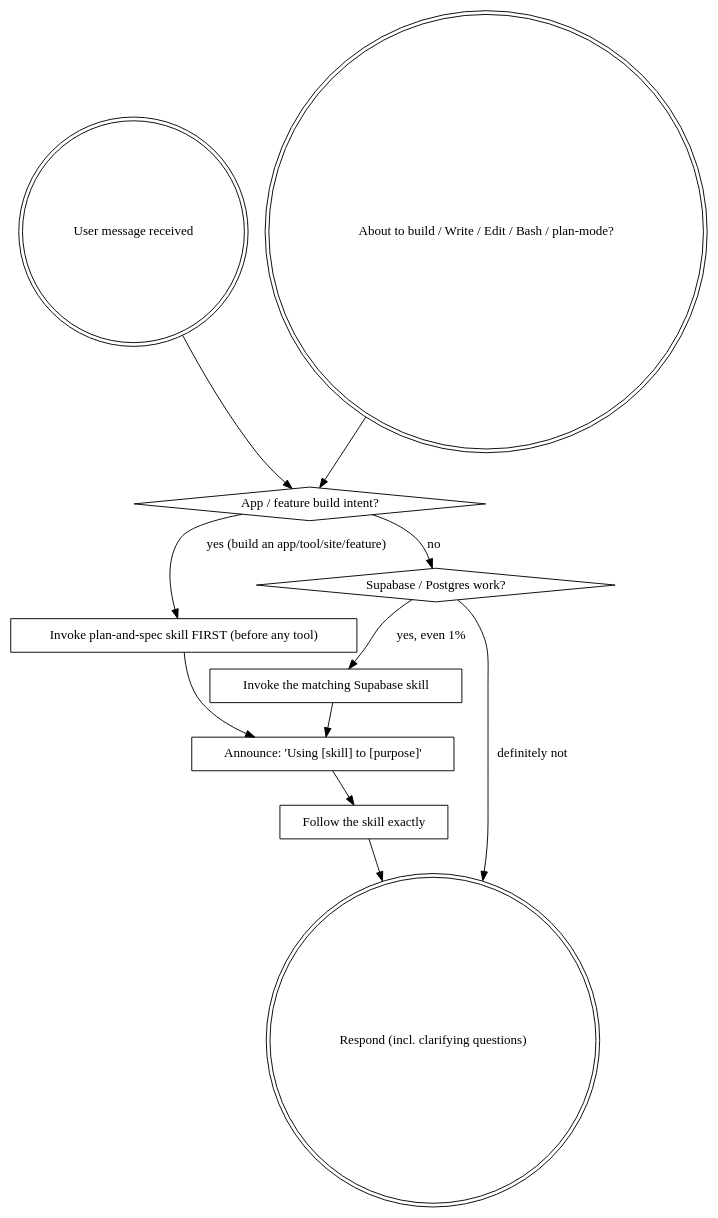
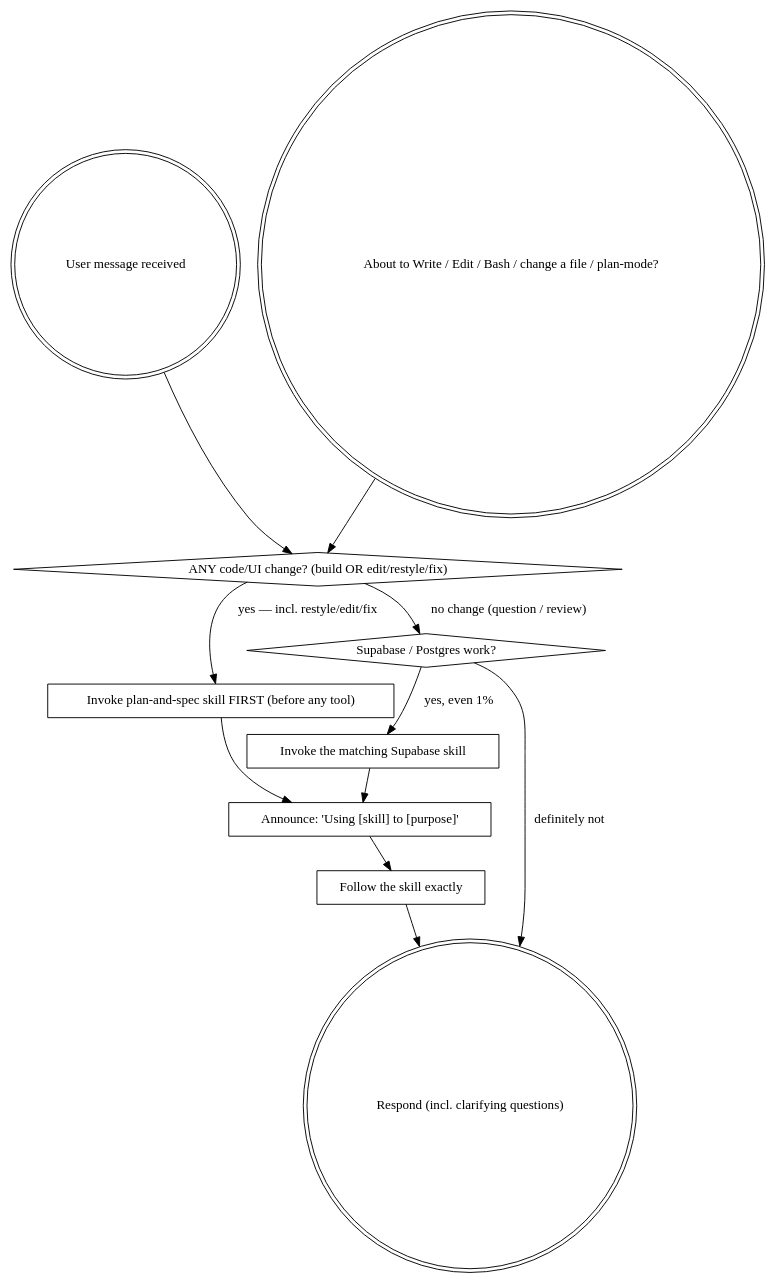
Before and after one commit to potenlab/designer-workflow: the diagram in skills/using-designer-workflow/SKILL.md, drawn with Graphviz. The commit also changed other lines of this file and 6 other files, not shown here.

````diff
--- a/skills/using-designer-workflow/SKILL.md
+++ b/skills/using-designer-workflow/SKILL.md
@@ -87,29 +89,29 @@
 ```dot
 digraph dw_flow {
     "User message received" [shape=doublecircle];
-    "About to build / Write / Edit / Bash / plan-mode?" [shape=doublecircle];
-    "App / feature build intent?" [shape=diamond];
+    "About to Write / Edit / Bash / change a file / plan-mode?" [shape=doublecircle];
+    "ANY code/UI change? (build OR edit/restyle/fix)" [shape=diamond];
     "Invoke plan-and-spec skill FIRST (before any tool)" [shape=box];
     "Supabase / Postgres work?" [shape=diamond];
     "Invoke the matching Supabase skill" [shape=box];
     "Announce: 'Using [skill] to [purpose]'" [shape=box];
     "Follow the skill exactly" [shape=box];
     "Respond (incl. clarifying questions)" [shape=doublecircle];
 
-    "User message received" -> "App / feature build intent?";
-    // Second entry: catch yourself the instant you're tempted to start building.
-    "About to build / Write / Edit / Bash / plan-mode?" -> "App / feature build intent?";
-    "App / feature build intent?" -> "Invoke plan-and-spec skill FIRST (before any tool)" [label="yes (build an app/tool/site/feature)"];
-    "App / feature build intent?" -> "Supabase / Postgres work?" [label="no"];
+    "User message received" -> "ANY code/UI change? (build OR edit/restyle/fix)";
+    // Second entry: catch yourself the instant you're tempted to start changing a file.
+    "About to Write / Edit / Bash / change a file / plan-mode?" -> "ANY code/UI change? (build OR edit/restyle/fix)";
+    "ANY code/UI change? (build OR edit/restyle/fix)" -> "Invoke plan-and-spec skill FIRST (before any tool)" [label="yes — incl. restyle/edit/fix"];
+    "ANY code/UI change? (build OR edit/restyle/fix)" -> "Supabase / Postgres work?" [label="no change (question / review)"];
     "Invoke plan-and-spec skill FIRST (before any tool)" -> "Announce: 'Using [skill] to [purpose]'";
     "Supabase / Postgres work?" -> "Invoke the matching Supabase skill" [label="yes, even 1%"];
     "Supabase / Postgres work?" -> "Respond (incl. clarifying questions)" [label="definitely not"];
     "Invoke the matching Supabase skill" -> "Announce: 'Using [skill] to [purpose]'";
     "Announce: 'Using [skill] to [purpose]'" -> "Follow the skill exactly";
     "Follow the skill exactly" -> "Respond (incl. clarifying questions)";
 }
 // Two entry points (both double-circles): on every user message AND the moment you catch yourself
 // about to Write/Edit/Bash or enter plan mode for a build. Either way, app/feature intent routes to
 // plan-and-spec FIRST. plan-and-spec then drives the rest: clarify → confirm → spec + issues →
 // on "correct" → goal-loop → design (per story) → verify-in-browser → PR.
 ```
````
